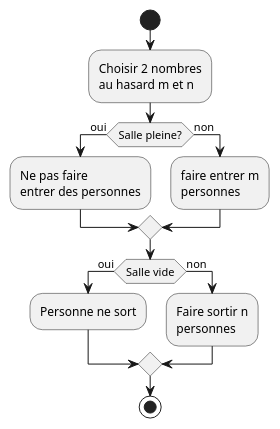
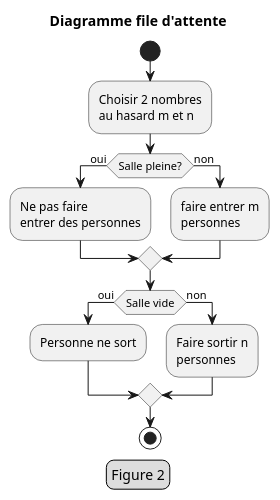
One commit to HaldiH/Data-Structures changed the second of 2 diagrams in TP2/README.md. Above: the diagram before and after it, drawn with PlantUML. The commit also changed other lines of this file, not shown here.

````diff
--- a/TP2/README.md
+++ b/TP2/README.md
@@ -45,17 +56,26 @@
 ```plantuml
 @startuml
+
+title
+    Diagramme file d'attente
+end title
+
+legend
+    Figure 2
+end legend
+
 start
 :Choisir 2 nombres\nau hasard m et n;
 if (Salle pleine?) then (oui)
     :Ne pas faire\nentrer des personnes;
 else (non)
     :faire entrer m\npersonnes;
 endif
 if (Salle vide) then (oui)
     :Personne ne sort;
 else (non)
     :Faire sortir n\npersonnes;
 endif
 stop
 @enduml
 ```
````
